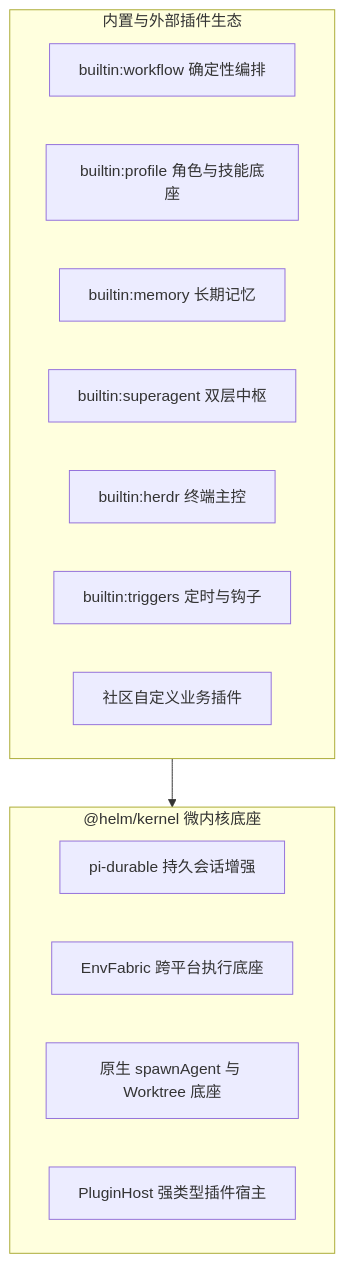
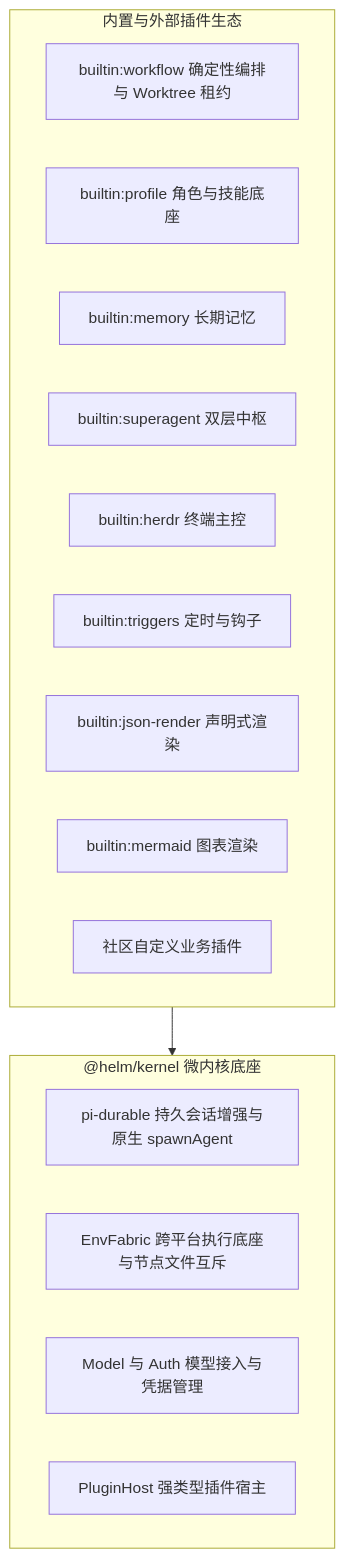
The first of 4 diagrams in docs/architecture/overview.md (team4u/helm), drawn with Mermaid before and after one commit. The commit also changed other lines of this file and 10 other files, not shown here.

Commit message:
docs(architecture): 微内核瘦身契约同步——移除双7对称与watchdog_tick、Worktree迁入workflow、client.tsx单轨与json-render/mermaid插件化

````diff
--- a/docs/architecture/overview.md
+++ b/docs/architecture/overview.md
@@ -13,21 +13,23 @@
 ```mermaid
 flowchart TD
     subgraph Core["@helm/kernel 微内核底座"]
-        Durable["pi-durable 持久会话增强"]
-        Fabric["EnvFabric 跨平台执行底座"]
-        Spawn["原生 spawnAgent 与 Worktree 底座"]
+        Durable["pi-durable 持久会话增强与原生 spawnAgent"]
+        Fabric["EnvFabric 跨平台执行底座与节点文件互斥"]
+        ModelAuth["Model 与 Auth 模型接入与凭据管理"]
         Host["PluginHost 强类型插件宿主"]
     end
 
     subgraph Plugins["内置与外部插件生态"]
-        Workflow["builtin:workflow 确定性编排"]
+        Workflow["builtin:workflow 确定性编排与 Worktree 租约"]
         Profile["builtin:profile 角色与技能底座"]
         Memory["builtin:memory 长期记忆"]
         Superagent["builtin:superagent 双层中枢"]
         Herdr["builtin:herdr 终端主控"]
         Triggers["builtin:triggers 定时与钩子"]
+        JsonRender["builtin:json-render 声明式渲染"]
+        Mermaid["builtin:mermaid 图表渲染"]
         Custom["社区自定义业务插件"]
     end
 
     Plugins --> Core
 ```
````
